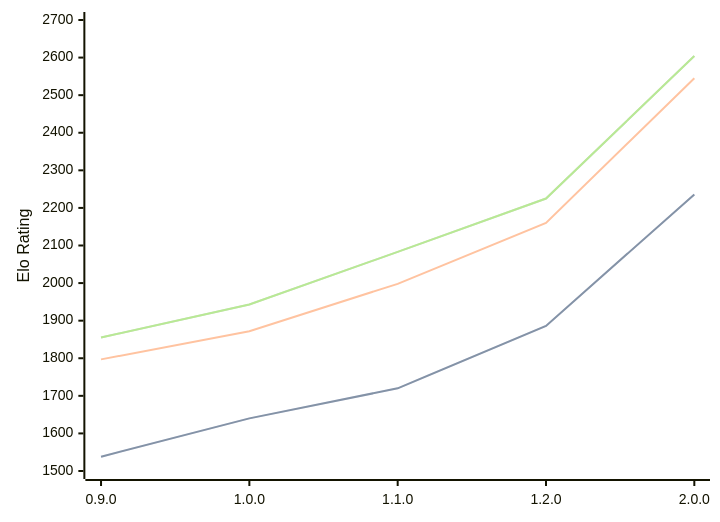
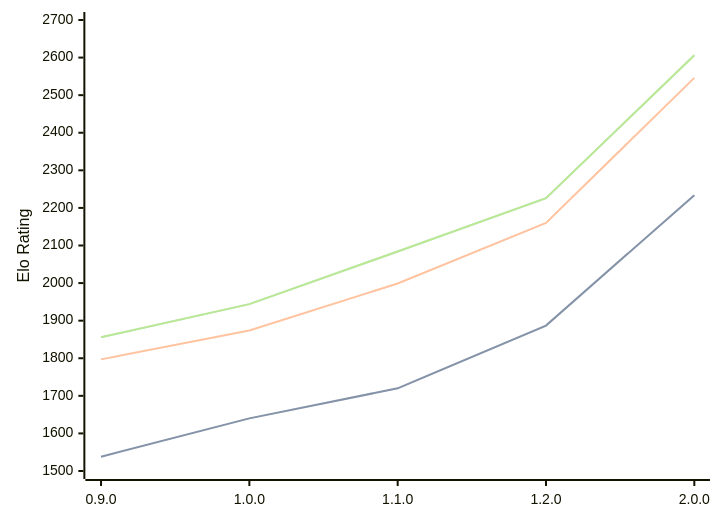
Before and after one commit to computer-chess-index/cci: the first of 3 diagrams in engines/Ratsu.md, drawn with Mermaid. The commit also changed other lines of this file, not shown here.

Commit message:
Update CCI Ratings (ELO VLTC) - 2026-06-30

````diff
--- a/engines/Ratsu.md
+++ b/engines/Ratsu.md
@@ -35,11 +35,11 @@
 ```mermaid
 %%{init: {"theme":"base","themeVariables":{"seriesColors:['#a3a3a3','#222221','#faa371']}}}%%
 xychart-beta
   x-axis ["0.9.0", "1.0.0", "1.1.0", "1.2.0", "2.0.0"]
   y-axis "Elo Rating" 1500 --> 2700
-  line "STC (8.0+0.08s)" [1538, 1640, 1720, 1886, 2236]
-  line "STC (8.0+0.08s)" [1538, 1640, 1720, 1886, 2236]
-  line "LTC (60.0+0.60s)" [1797, 1872, 1998, 2160, 2545]
-  line "VLTC (2m24s+1.12s)" [1855, 1943, 2083, 2225, 2604]
-  line "VLTC (2m24s+1.12s)" [1855, 1943, 2083, 2225, 2604]
+  line "STC (8.0+0.08s)" [1538, 1640, 1720, 1887, 2234]
+  line "STC (8.0+0.08s)" [1538, 1640, 1720, 1887, 2234]
+  line "LTC (60.0+0.60s)" [1797, 1874, 1999, 2160, 2546]
+  line "VLTC (2m24s+1.12s)" [1856, 1944, 2084, 2226, 2606]
+  line "VLTC (2m24s+1.12s)" [1856, 1944, 2084, 2226, 2606]
 ```
````
